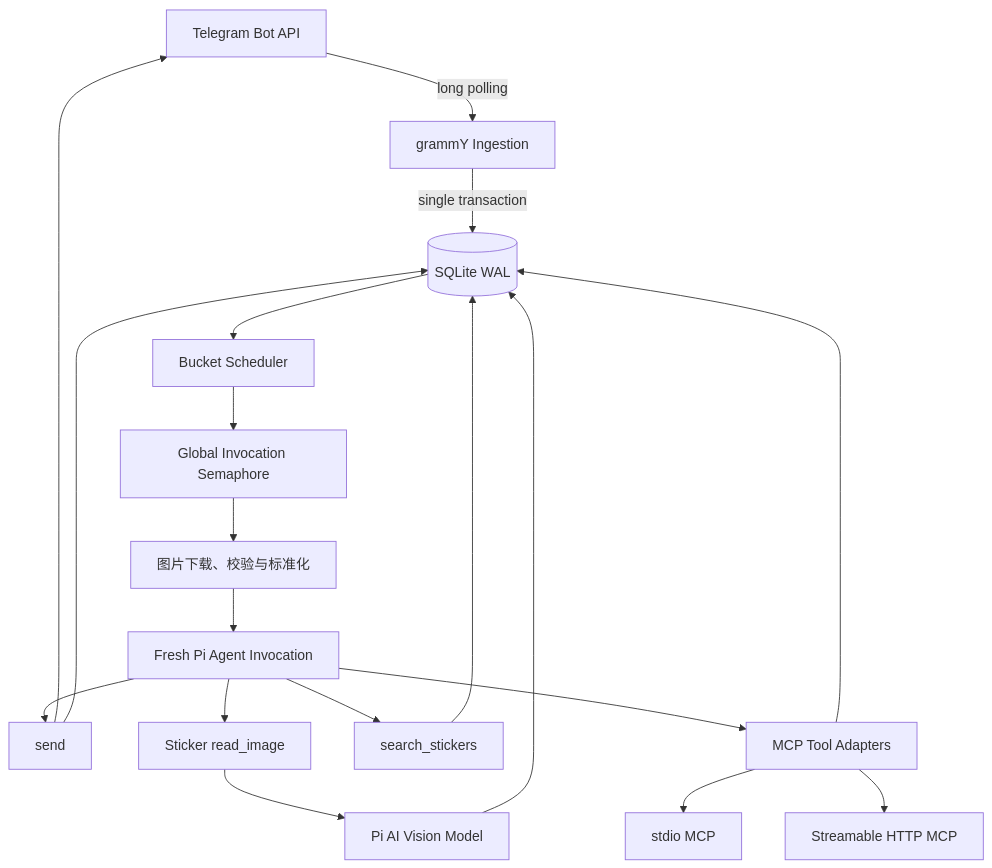
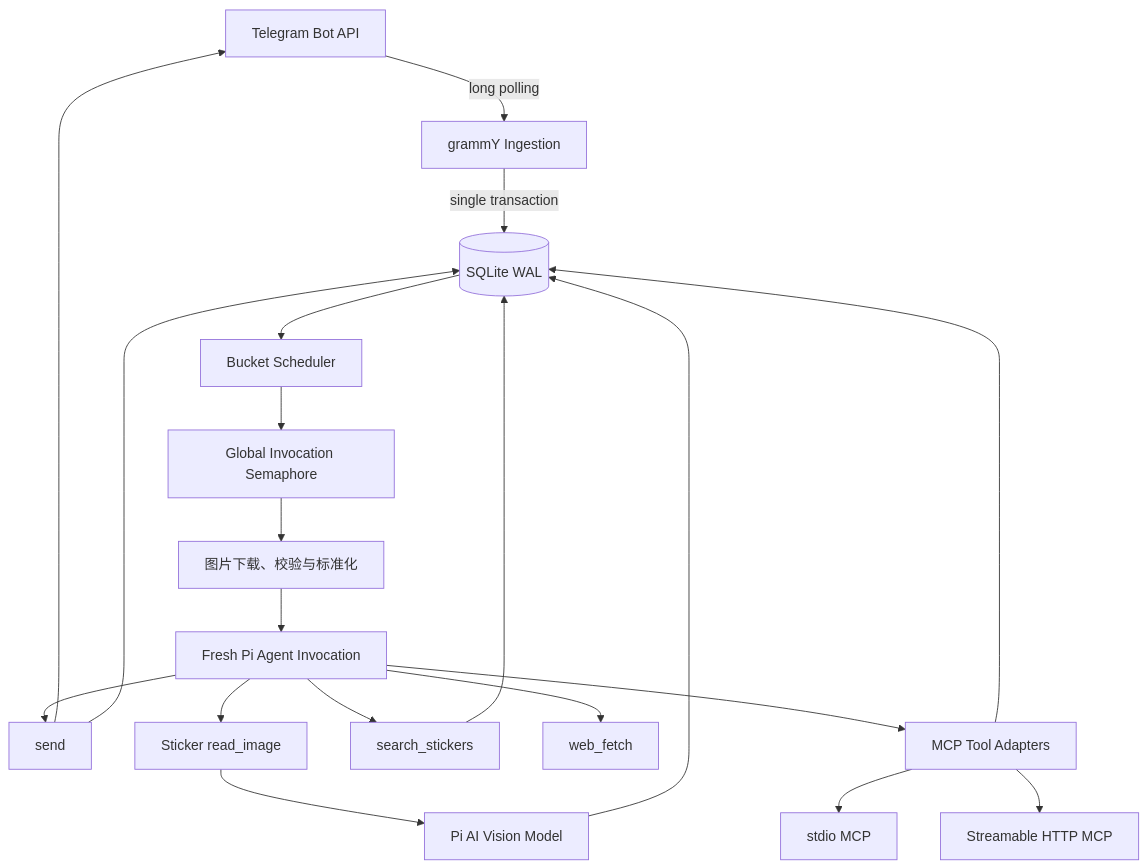
Before and after one commit to tcdw/plastic-wan: the first of 2 diagrams in agent-doc/design/20260815 塑料碗 Telegram Bot 技术设计.md, drawn with Mermaid. The commit also changed other lines of this file and 6 other files, not shown here.

Commit message:
Add web fetch functionality

````diff
--- a/agent-doc/design/20260815 塑料碗 Telegram Bot 技术设计.md
+++ b/agent-doc/design/20260815 塑料碗 Telegram Bot 技术设计.md
@@ -45,24 +45,25 @@
 ```mermaid
 flowchart TD
     TG[Telegram Bot API] -->|long polling| INGEST[grammY Ingestion]
     INGEST -->|single transaction| DB[(SQLite WAL)]
     DB --> SCHED[Bucket Scheduler]
     SCHED --> QUEUE[Global Invocation Semaphore]
     QUEUE --> MEDIA[图片下载、校验与标准化]
     MEDIA --> INV[Fresh Pi Agent Invocation]
 
     INV --> SEND[send]
     INV --> IMAGE[Sticker read_image]
     INV --> STICKER[search_stickers]
+    INV --> WEB[web_fetch]
     INV --> MCP[MCP Tool Adapters]
 
     SEND --> TG
     IMAGE --> VISION[Pi AI Vision Model]
     STICKER --> DB
     MCP --> STDIO[stdio MCP]
     MCP --> HTTP[Streamable HTTP MCP]
 
     VISION --> DB
     SEND --> DB
     MCP --> DB
 ```
````
